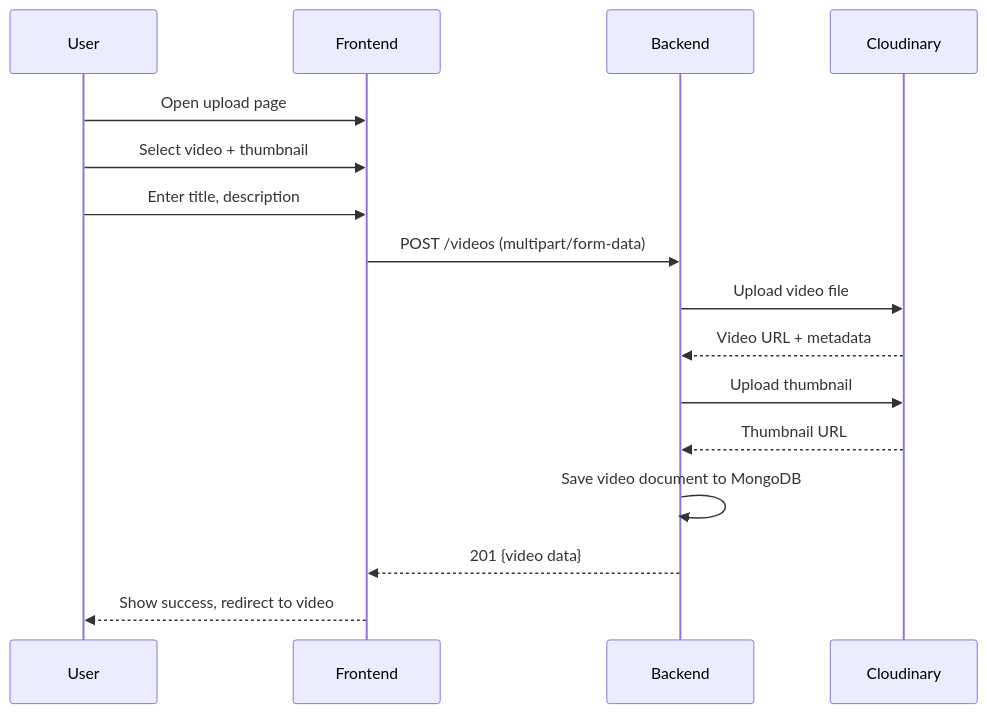
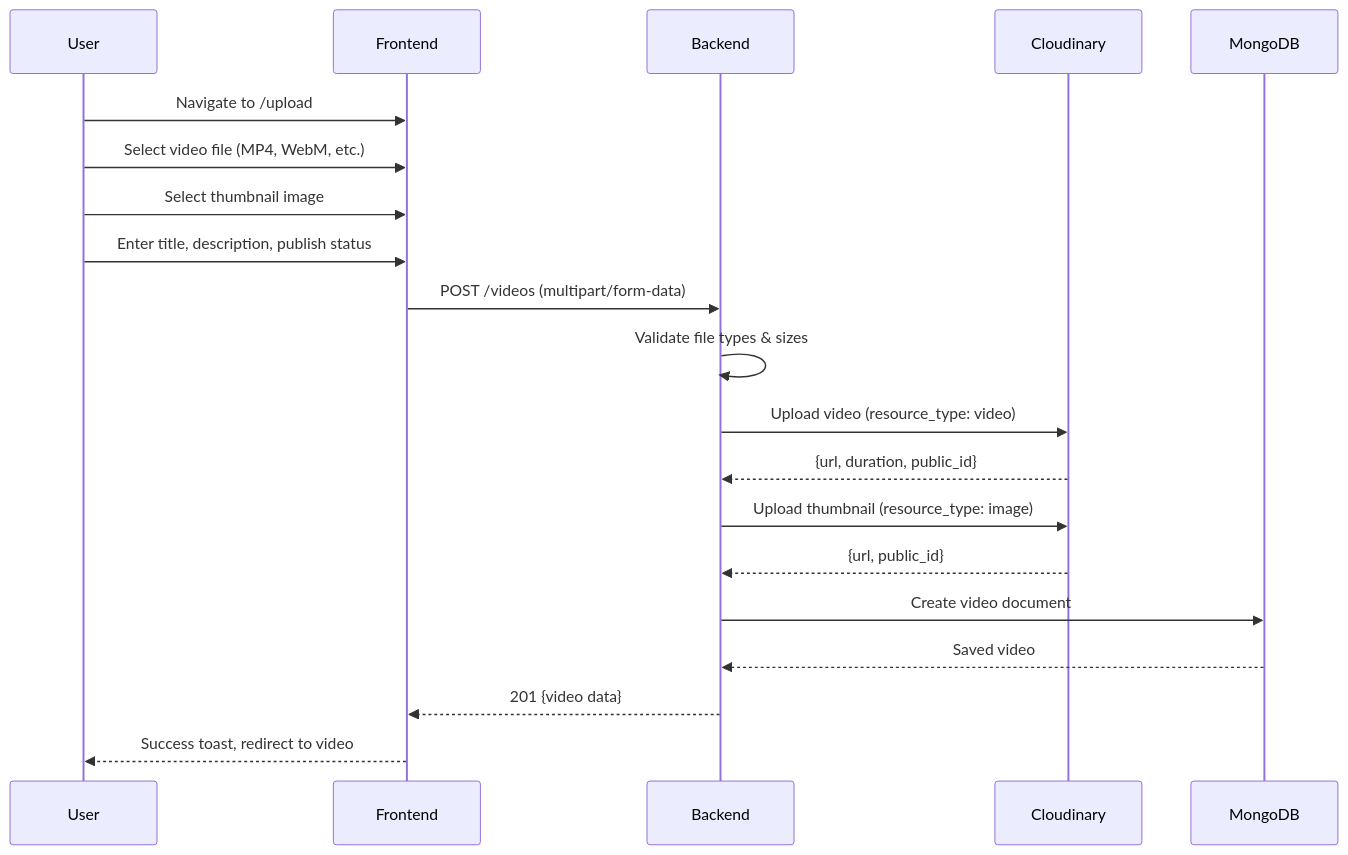
One commit to Makwana-Nikunj/b changed the sixth of 8 diagrams in README.md. Above: the diagram before and after it, drawn with Mermaid. The commit also changed other lines of this file, not shown here.

Commit message:
docs: Overhaul README.md to provide comprehensive project setup, architecture, and core user workflow documentation.

````diff
--- a/README.md
+++ b/README.md
@@ -105,19 +316,25 @@
 ```mermaid
 sequenceDiagram
     participant User
     participant Frontend
     participant Backend
     participant Cloudinary
+    participant MongoDB
 
-    User->>Frontend: Open upload page
-    User->>Frontend: Select video + thumbnail
-    User->>Frontend: Enter title, description
+    User->>Frontend: Navigate to /upload
+    User->>Frontend: Select video file (MP4, WebM, etc.)
+    User->>Frontend: Select thumbnail image
+    User->>Frontend: Enter title, description, publish status
     Frontend->>Backend: POST /videos (multipart/form-data)
-    Backend->>Cloudinary: Upload video file
-    Cloudinary-->>Backend: Video URL + metadata
-    Backend->>Cloudinary: Upload thumbnail
-    Cloudinary-->>Backend: Thumbnail URL
-    Backend->>Backend: Save video document to MongoDB
+    
+    Backend->>Backend: Validate file types & sizes
+    Backend->>Cloudinary: Upload video (resource_type: video)
+    Cloudinary-->>Backend: {url, duration, public_id}
+    Backend->>Cloudinary: Upload thumbnail (resource_type: image)
+    Cloudinary-->>Backend: {url, public_id}
+    
+    Backend->>MongoDB: Create video document
+    MongoDB-->>Backend: Saved video
     Backend-->>Frontend: 201 {video data}
-    Frontend-->>User: Show success, redirect to video
+    Frontend-->>User: Success toast, redirect to video
 ```
````
